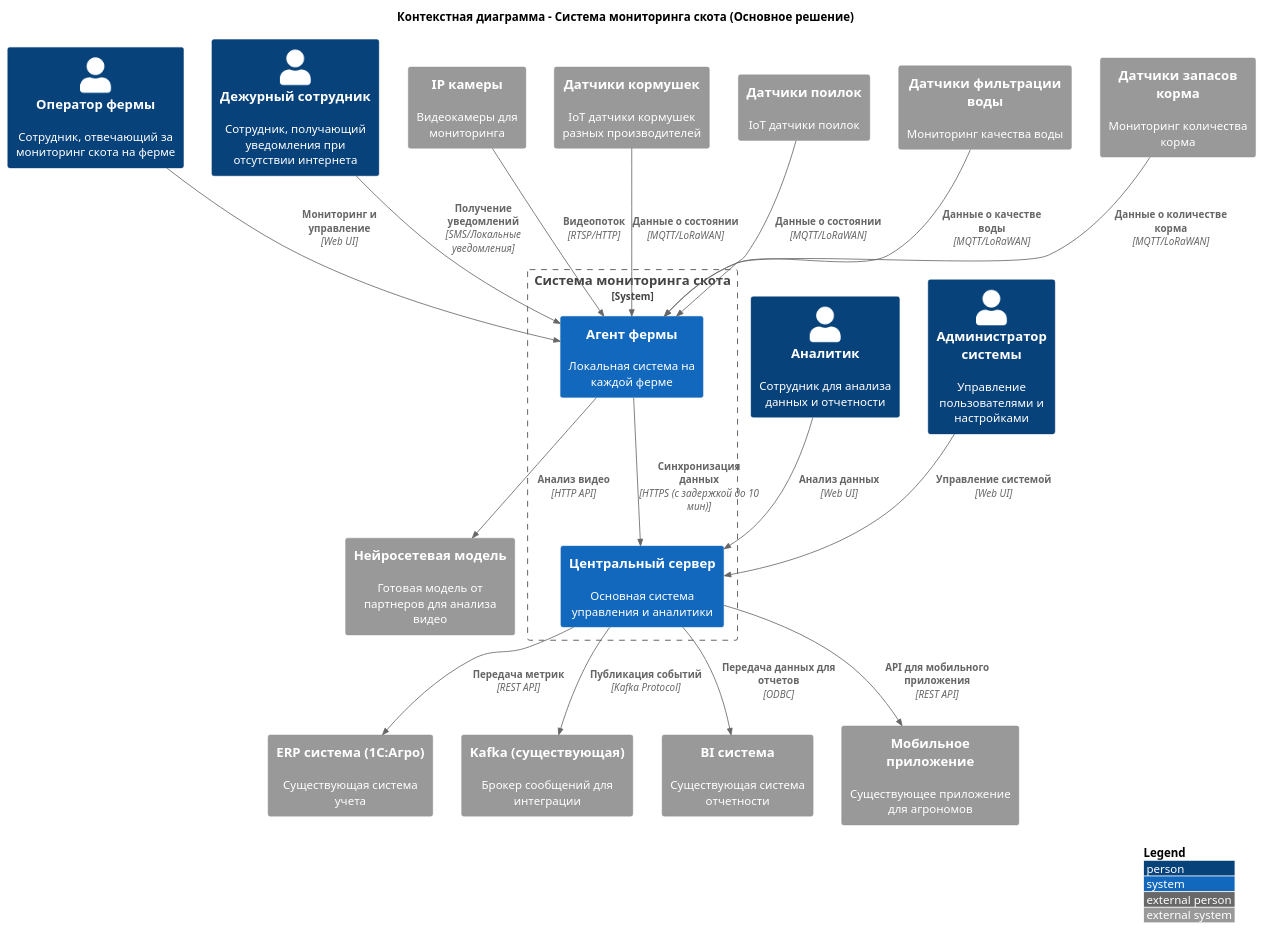
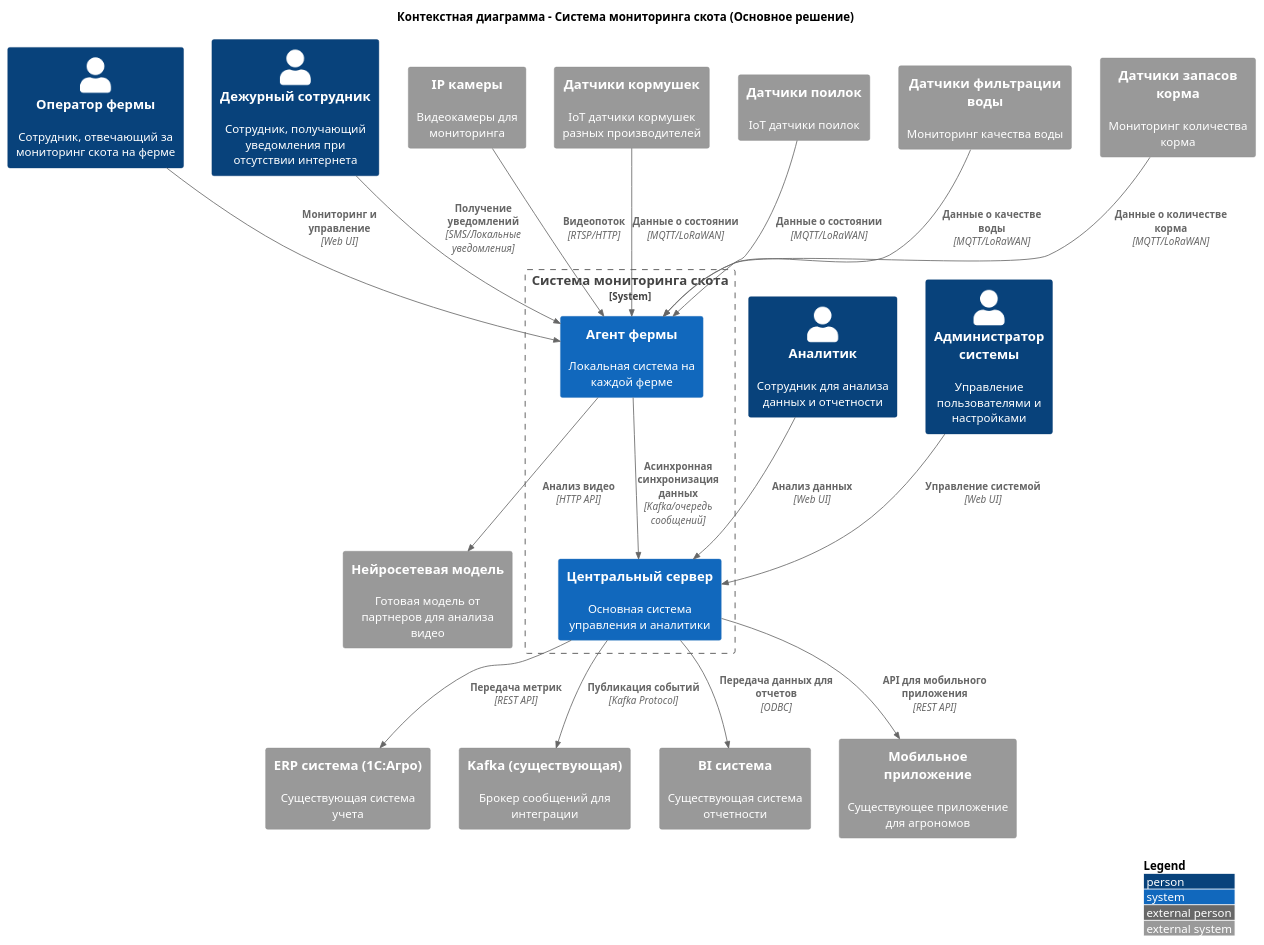
The diagram in Task1/context_diagram_main.puml (andduj/MSA-AgroTech), drawn with PlantUML before and after one commit. The commit also changed 5 other files, not shown here.

```diff
--- a/Task1/context_diagram_main.puml
+++ b/Task1/context_diagram_main.puml
@@ -1,57 +1,57 @@
-@startuml Контекстная_диаграмма_Основное_решение
+@startuml
 
 !include https://raw.githubusercontent.com/plantuml-stdlib/C4-PlantUML/master/C4_Context.puml
 
 LAYOUT_WITH_LEGEND()
 
 title Контекстная диаграмма - Система мониторинга скота (Основное решение)
 
 Person(оператор, "Оператор фермы", "Сотрудник, отвечающий за мониторинг скота на ферме")
 Person(дежурный, "Дежурный сотрудник", "Сотрудник, получающий уведомления при отсутствии интернета")
 Person(аналитик, "Аналитик", "Сотрудник для анализа данных и отчетности")
 Person(администратор, "Администратор системы", "Управление пользователями и настройками")
 
 System_Boundary(система_мониторинга, "Система мониторинга скота") {
     System(центральный_сервер, "Центральный сервер", "Основная система управления и аналитики")
     System(агент_фермы, "Агент фермы", "Локальная система на каждой ферме")
 }
 
 System_Ext(erp, "ERP система (1С:Агро)", "Существующая система учета")
 System_Ext(kafka, "Kafka (существующая)", "Брокер сообщений для интеграции")
 System_Ext(bi, "BI система", "Существующая система отчетности")
 System_Ext(мобильное_приложение, "Мобильное приложение", "Существующее приложение для агрономов")
 
 System_Ext(камеры, "IP камеры", "Видеокамеры для мониторинга")
 System_Ext(датчики_кормушки, "Датчики кормушек", "IoT датчики кормушек разных производителей")
 System_Ext(датчики_поилки, "Датчики поилок", "IoT датчики поилок")
 System_Ext(датчики_фильтрации, "Датчики фильтрации воды", "Мониторинг качества воды")
 System_Ext(датчики_запасов, "Датчики запасов корма", "Мониторинг количества корма")
 
 System_Ext(нейросеть, "Нейросетевая модель", "Готовая модель от партнеров для анализа видео")
 
 ' Основные взаимодействия
 Rel(оператор, агент_фермы, "Мониторинг и управление", "Web UI")
 Rel(дежурный, агент_фермы, "Получение уведомлений", "SMS/Локальные уведомления")
 Rel(аналитик, центральный_сервер, "Анализ данных", "Web UI")
 Rel(администратор, центральный_сервер, "Управление системой", "Web UI")
 
 ' Интеграция с существующими системами
 Rel(центральный_сервер, erp, "Передача метрик", "REST API")
 Rel(центральный_сервер, kafka, "Публикация событий", "Kafka Protocol")
 Rel(центральный_сервер, bi, "Передача данных для отчетов", "ODBC")
 Rel(центральный_сервер, мобильное_приложение, "API для мобильного приложения", "REST API")
 
 ' Взаимодействие с IoT устройствами
 Rel(камеры, агент_фермы, "Видеопоток", "RTSP/HTTP")
 Rel(датчики_кормушки, агент_фермы, "Данные о состоянии", "MQTT/LoRaWAN")
 Rel(датчики_поилки, агент_фермы, "Данные о состоянии", "MQTT/LoRaWAN")
 Rel(датчики_фильтрации, агент_фермы, "Данные о качестве воды", "MQTT/LoRaWAN")
 Rel(датчики_запасов, агент_фермы, "Данные о количестве корма", "MQTT/LoRaWAN")
 
-' Синхронизация между агентами и центральным сервером
-Rel(агент_фермы, центральный_сервер, "Синхронизация данных", "HTTPS (с задержкой до 10 мин)")
+' Асинхронная интеграция между агентами и центральным сервером
+Rel_D(агент_фермы, центральный_сервер, "Асинхронная синхронизация данных", "Kafka/очередь сообщений")
 
 ' Интеграция с нейросетью
 Rel(агент_фермы, нейросеть, "Анализ видео", "HTTP API")
 
 @enduml 
```
